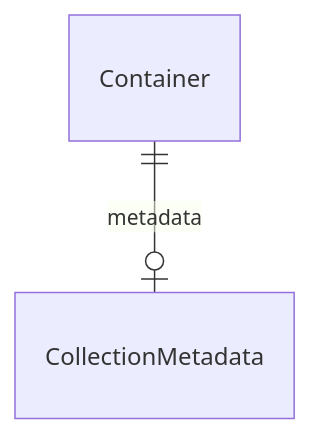
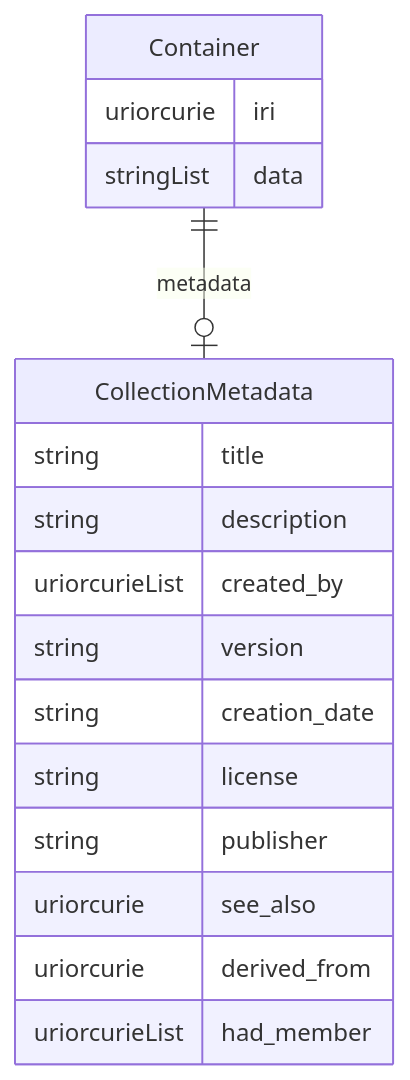
The fourth of 11 diagrams in er-diagrams.md (hubmapconsortium/hra-do-processor), drawn with Mermaid before and after one commit. The commit also changed other lines of this file, not shown here.

Commit message:
ER Diagram update

````diff
--- a/er-diagrams.md
+++ b/er-diagrams.md
@@ -94,12 +144,22 @@
 ```mermaid
 erDiagram
 Container {
-
+    uriorcurie iri  
+    stringList data  
 }
 CollectionMetadata {
-
+    string title  
+    string description  
+    uriorcurieList created_by  
+    string version  
+    string creation_date  
+    string license  
+    string publisher  
+    uriorcurie see_also  
+    uriorcurie derived_from  
+    uriorcurieList had_member  
 }
 
 Container ||--|o CollectionMetadata : "metadata"
 
 ```
````
